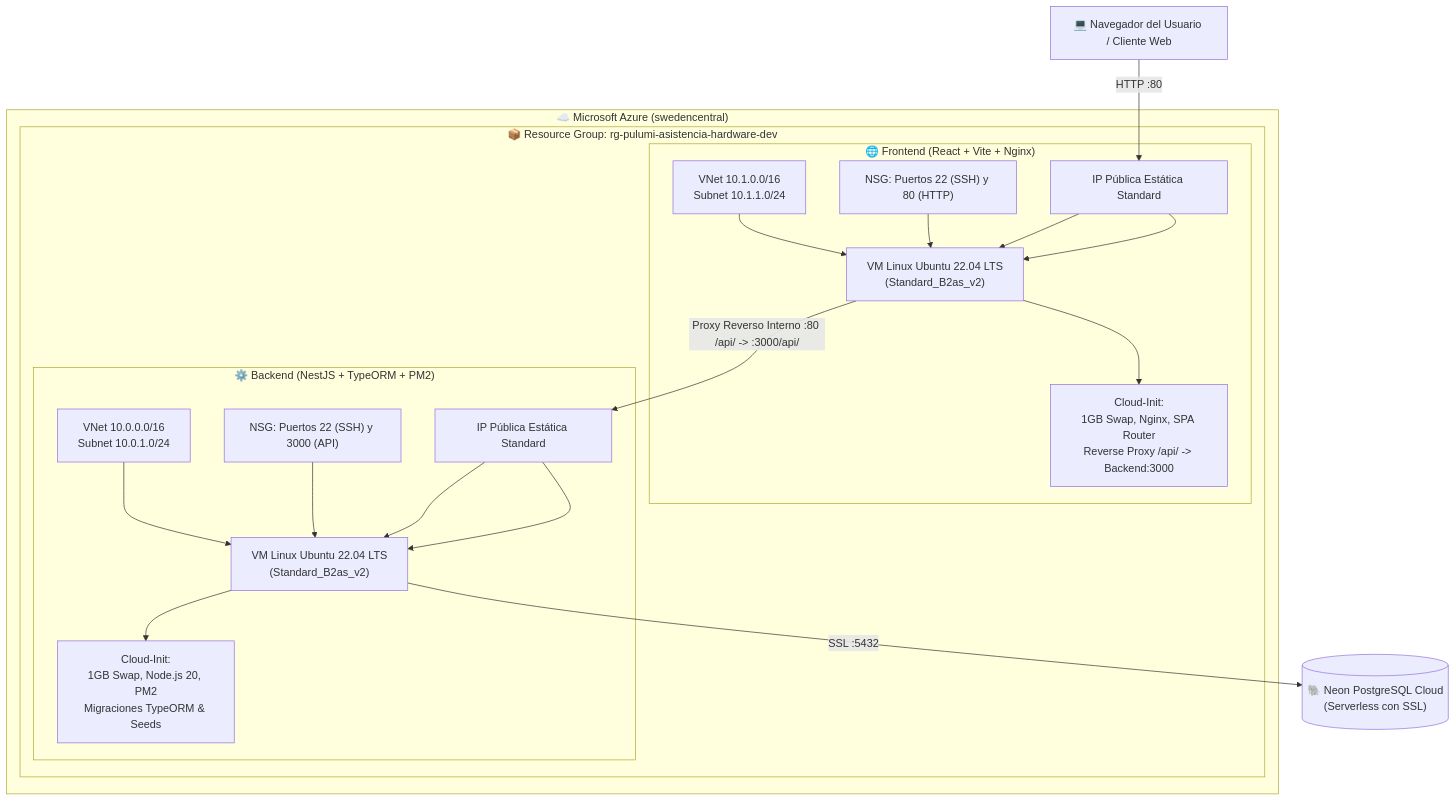
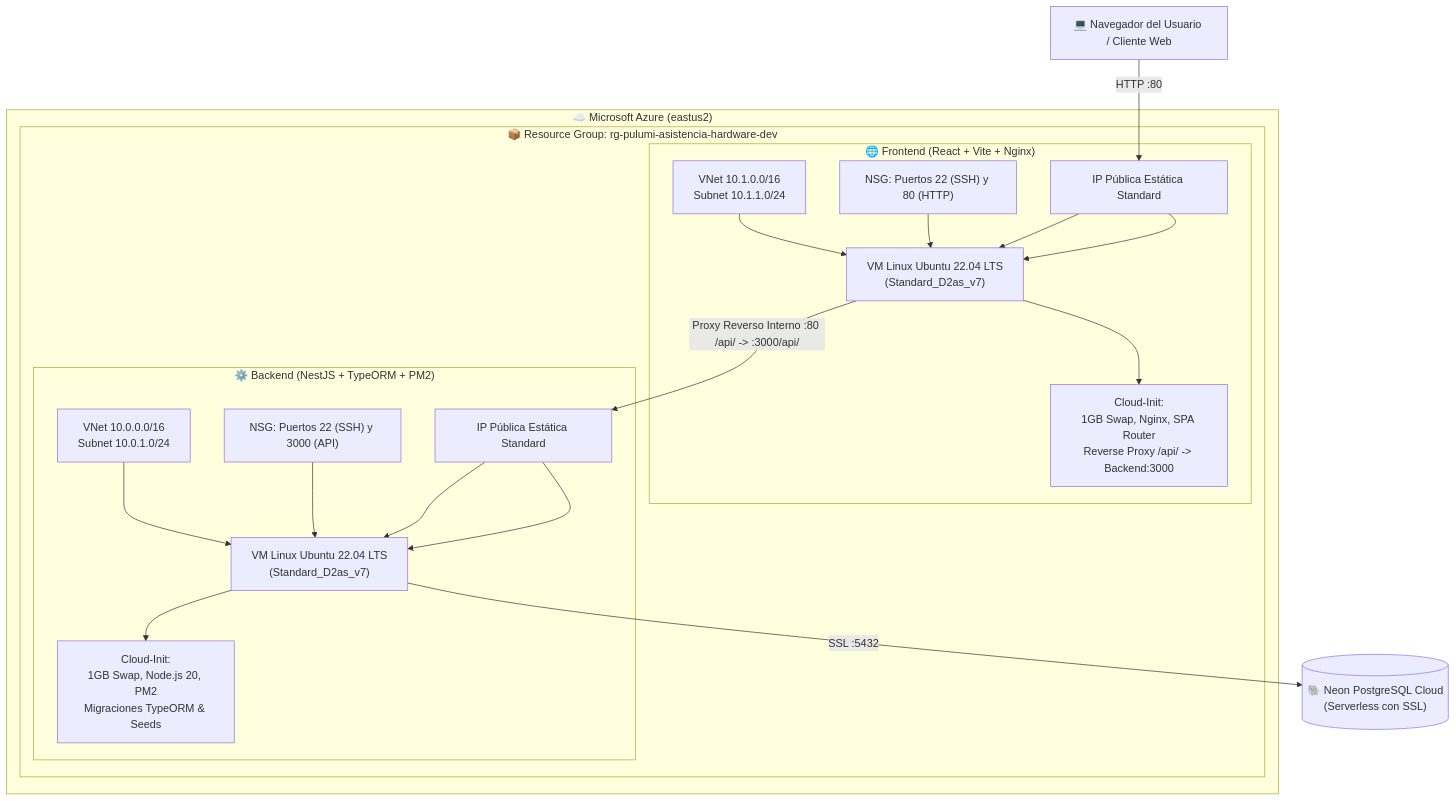
Before and after one commit to modulo2-IaC/azure-pulumi-app-asistencia: the diagram in README.md, drawn with Mermaid. The commit also changed 3 other files, not shown here.

Commit message:
fix(vm): actualizar tamaño de VM a Standard_D2as_v7 para compatibilidad y capacidad en eastus2

````diff
--- a/README.md
+++ b/README.md
@@ -11,40 +11,40 @@
 ```mermaid
 flowchart TD
     Client["💻 Navegador del Usuario / Cliente Web"]
 
-    subgraph AzureCloud ["☁️ Microsoft Azure (swedencentral)"]
+    subgraph AzureCloud ["☁️ Microsoft Azure (eastus2)"]
         subgraph UnifiedRG ["📦 Resource Group: rg-pulumi-asistencia-hardware-dev"]
             
             subgraph FrontSub ["🌐 Frontend (React + Vite + Nginx)"]
                 VNet_Front["VNet 10.1.0.0/16<br/>Subnet 10.1.1.0/24"]
                 NSG_Front["NSG: Puertos 22 (SSH) y 80 (HTTP)"]
                 PIP_Front["IP Pública Estática Standard"]
-                VM_Front["VM Linux Ubuntu 22.04 LTS<br/>(Standard_B2as_v2)"]
+                VM_Front["VM Linux Ubuntu 22.04 LTS<br/>(Standard_D2as_v7)"]
                 CloudInit_Front["Cloud-Init:<br/>1GB Swap, Nginx, SPA Router<br/>Reverse Proxy /api/ -> Backend:3000"]
                 
                 VNet_Front & NSG_Front & PIP_Front --> VM_Front
                 VM_Front --> CloudInit_Front
             end
 
             subgraph BackSub ["⚙️ Backend (NestJS + TypeORM + PM2)"]
                 VNet_Back["VNet 10.0.0.0/16<br/>Subnet 10.0.1.0/24"]
                 NSG_Back["NSG: Puertos 22 (SSH) y 3000 (API)"]
                 PIP_Back["IP Pública Estática Standard"]
-                VM_Back["VM Linux Ubuntu 22.04 LTS<br/>(Standard_B2as_v2)"]
+                VM_Back["VM Linux Ubuntu 22.04 LTS<br/>(Standard_D2as_v7)"]
                 CloudInit_Back["Cloud-Init:<br/>1GB Swap, Node.js 20, PM2<br/>Migraciones TypeORM & Seeds"]
                 
                 VNet_Back & NSG_Back & PIP_Back --> VM_Back
                 VM_Back --> CloudInit_Back
             end
 
         end
     end
 
     NeonDB[("🐘 Neon PostgreSQL Cloud<br/>(Serverless con SSL)")]
 
     Client -->|HTTP :80| PIP_Front
     PIP_Front --> VM_Front
     VM_Front -->|Proxy Reverso Interno :80 /api/ -> :3000/api/| PIP_Back
     PIP_Back --> VM_Back
     VM_Back -->|SSL :5432| NeonDB
 ```
````
